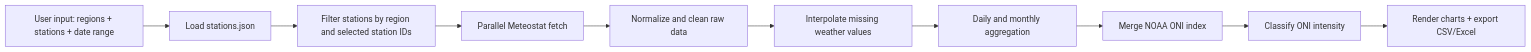
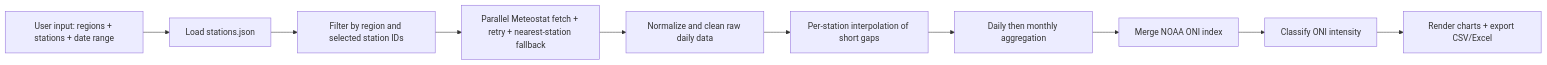
The diagram in README.md (FirstGameGG/meteorological-fetcher), drawn with Mermaid before and after one commit. The commit also changed other lines of this file and 4 other files, not shown here.

````diff
--- a/README.md
+++ b/README.md
@@ -48,12 +81,12 @@
 ```mermaid
 flowchart LR
     A[User input: regions + stations + date range] --> B[Load stations.json]
-    B --> C[Filter stations by region and selected station IDs]
-    C --> D[Parallel Meteostat fetch]
-    D --> E[Normalize and clean raw data]
-    E --> F[Interpolate missing weather values]
-    F --> G[Daily and monthly aggregation]
+    B --> C[Filter by region and selected station IDs]
+    C --> D[Parallel Meteostat fetch + retry + nearest-station fallback]
+    D --> E[Normalize and clean raw daily data]
+    E --> F[Per-station interpolation of short gaps]
+    F --> G[Daily then monthly aggregation]
     G --> H[Merge NOAA ONI index]
     H --> I[Classify ONI intensity]
     I --> J[Render charts + export CSV/Excel]
 ```
````
